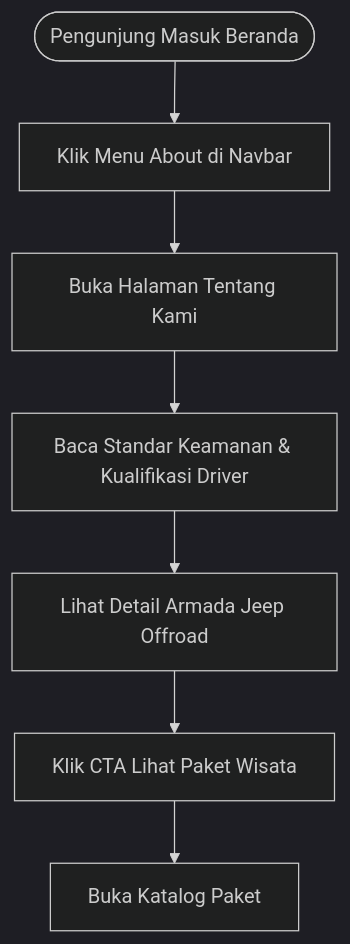
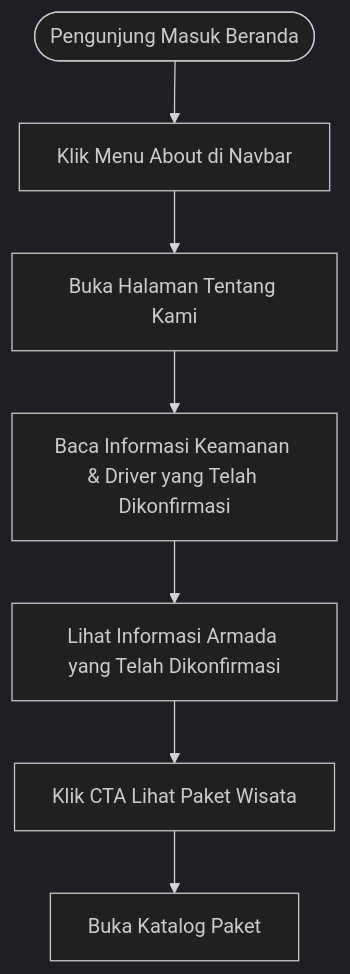
One commit to syahputrawork98-sketch/WNB-WisataNgaprakBandung changed the third of 4 diagrams in docs/design/user-flow.md. Above: the diagram before and after it, drawn with Mermaid (dark theme). The commit also changed other lines of this file and 7 other files, not shown here.

````diff
--- a/docs/design/user-flow.md
+++ b/docs/design/user-flow.md
@@ -69,9 +69,9 @@
 ```mermaid
 flowchart TD
     Start([Pengunjung Masuk Beranda]) --> ClickAbout[Klik Menu About di Navbar]
     ClickAbout --> ViewAboutPage[Buka Halaman Tentang Kami]
-    ViewAboutPage --> ReadSecurity[Baca Standar Keamanan & Kualifikasi Driver]
-    ReadSecurity --> ReadFleet[Lihat Detail Armada Jeep Offroad]
+    ViewAboutPage --> ReadSecurity[Baca Informasi Keamanan & Driver yang Telah Dikonfirmasi]
+    ReadSecurity --> ReadFleet[Lihat Informasi Armada yang Telah Dikonfirmasi]
     ReadFleet --> ClickCTAPkg[Klik CTA Lihat Paket Wisata]
     ClickCTAPkg --> ViewPkgList[Buka Katalog Paket]
 ```
````
